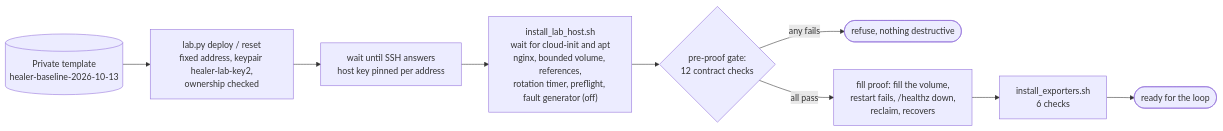
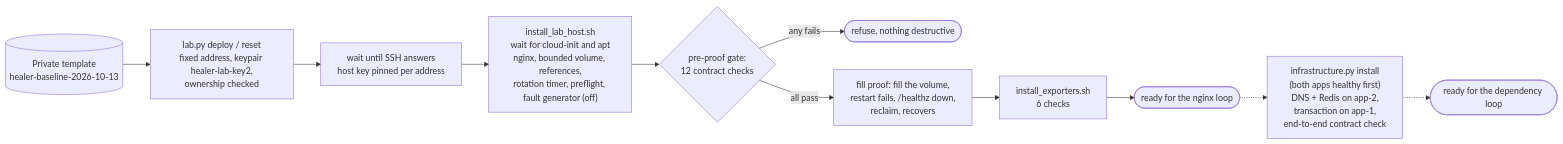
Before and after one commit to TusharShingrani/Self-healing-infrastructure: the tenth of 11 diagrams in docs/architecture.md, drawn with Mermaid. The commit also changed other lines of this file and 11 other files, not shown here.

First line of the commit message:
Bring docs and diagrams in line with the reviewed two-loop setup

````diff
--- a/docs/architecture.md
+++ b/docs/architecture.md
@@ -297,11 +364,13 @@
 ```mermaid
 flowchart LR
     tpl[("Private template<br/>healer-baseline-2026-10-13")] --> dep["lab.py deploy / reset<br/>fixed address, keypair healer-lab-key2,<br/>ownership checked"]
     dep --> ssh["wait until SSH answers<br/>host key pinned per address"]
     ssh --> inst["install_lab_host.sh<br/>wait for cloud-init and apt<br/>nginx, bounded volume, references,<br/>rotation timer, preflight, fault generator (off)"]
     inst --> gate{"pre-proof gate:<br/>12 contract checks"}
     gate -- any fails --> stop(["refuse, nothing destructive"])
     gate -- all pass --> proof["fill proof: fill the volume,<br/>restart fails, /healthz down,<br/>reclaim, recovers"]
     proof --> exp["install_exporters.sh<br/>6 checks"]
-    exp --> ready(["ready for the loop"])
+    exp --> ready(["ready for the nginx loop"])
+    ready -.-> stack["infrastructure.py install<br/>(both apps healthy first)<br/>DNS + Redis on app-2,<br/>transaction on app-1,<br/>end-to-end contract check"]
+    stack -.-> ready2(["ready for the dependency loop"])
 ```
````
